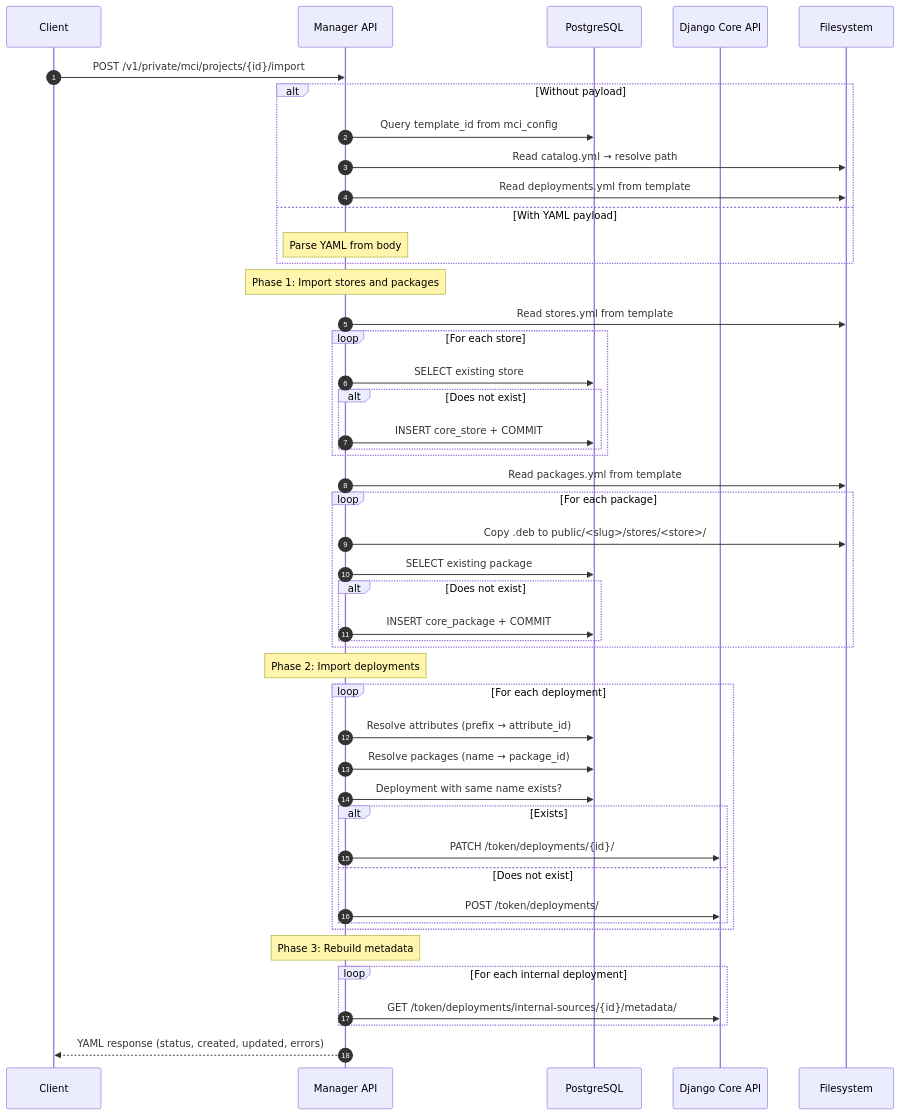
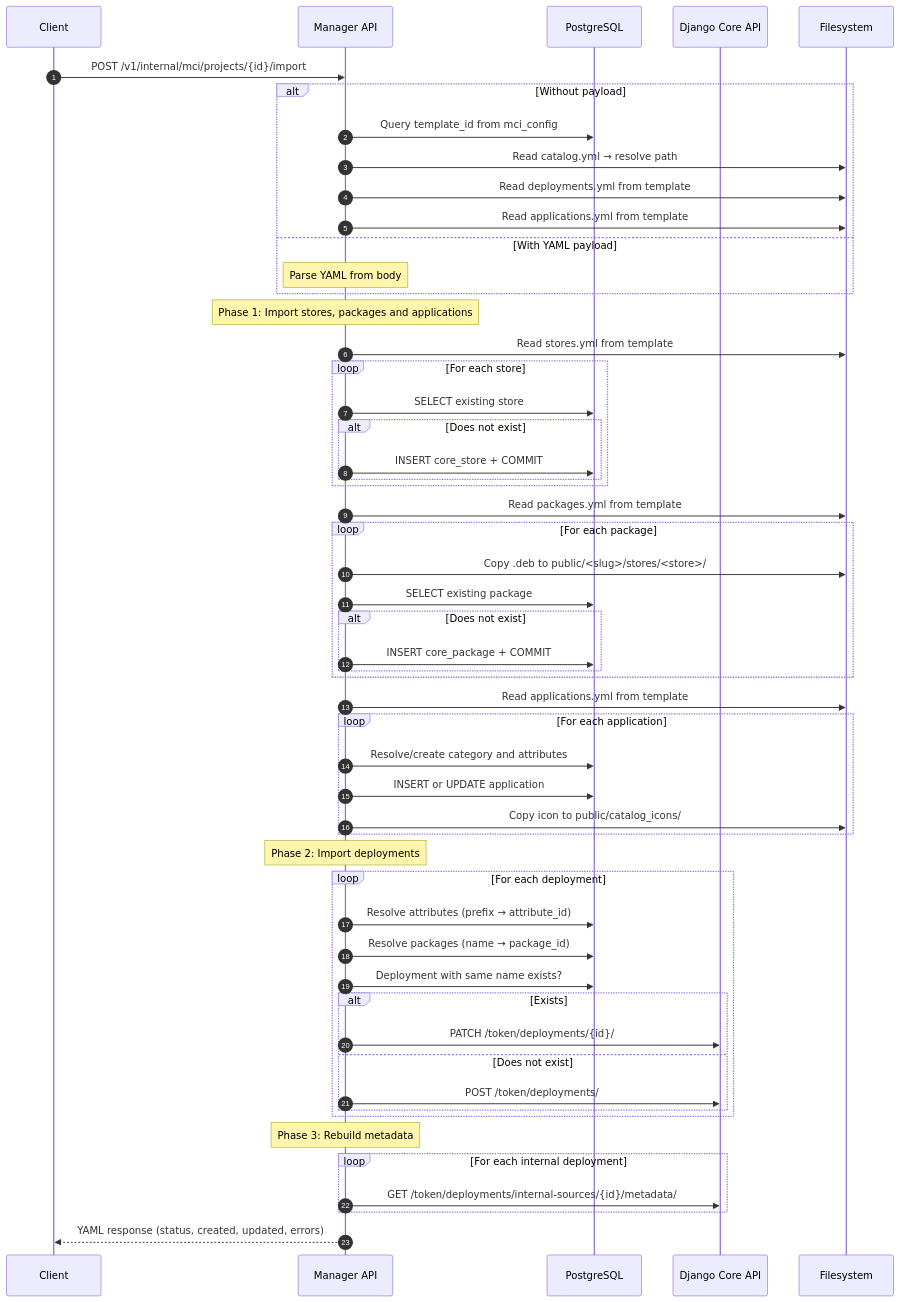
The second of 3 diagrams in doc/explanation/mci-deployments.md (migasfree/migasfree-swarm), drawn with Mermaid before and after one commit. The commit also changed other lines of this file and 4 other files, not shown here.

First line of the commit message:
feat(manager): support application catalog export and import in MCI templates

````diff
--- a/doc/explanation/mci-deployments.md
+++ b/doc/explanation/mci-deployments.md
@@ -128,60 +139,68 @@
 ```mermaid
 sequenceDiagram
     autonumber
     participant C as Client
     participant M as Manager API
     participant DB as PostgreSQL
     participant CORE as Django Core API
     participant FS as Filesystem
 
-    C->>M: POST /v1/private/mci/projects/{id}/import
+    C->>M: POST /v1/internal/mci/projects/{id}/import
 
     alt Without payload
         M->>DB: Query template_id from mci_config
         M->>FS: Read catalog.yml → resolve path
         M->>FS: Read deployments.yml from template
+        M->>FS: Read applications.yml from template
     else With YAML payload
         Note over M: Parse YAML from body
     end
 
-    Note over M: Phase 1: Import stores and packages
+    Note over M: Phase 1: Import stores, packages and applications
 
     M->>FS: Read stores.yml from template
     loop For each store
         M->>DB: SELECT existing store
         alt Does not exist
             M->>DB: INSERT core_store + COMMIT
         end
     end
 
     M->>FS: Read packages.yml from template
     loop For each package
         M->>FS: Copy .deb to public/<slug>/stores/<store>/
         M->>DB: SELECT existing package
         alt Does not exist
             M->>DB: INSERT core_package + COMMIT
         end
+    end
+
+    M->>FS: Read applications.yml from template
+    loop For each application
+        M->>DB: Resolve/create category and attributes
+        M->>DB: INSERT or UPDATE application
+        M->>FS: Copy icon to public/catalog_icons/
     end
 
     Note over M: Phase 2: Import deployments
 
     loop For each deployment
         M->>DB: Resolve attributes (prefix → attribute_id)
         M->>DB: Resolve packages (name → package_id)
         M->>DB: Deployment with same name exists?
 
         alt Exists
             M->>CORE: PATCH /token/deployments/{id}/
         else Does not exist
             M->>CORE: POST /token/deployments/
         end
     end
 
     Note over M: Phase 3: Rebuild metadata
 
     loop For each internal deployment
         M->>CORE: GET /token/deployments/internal-sources/{id}/metadata/
     end
 
     M-->>C: YAML response (status, created, updated, errors)
 ```
````
